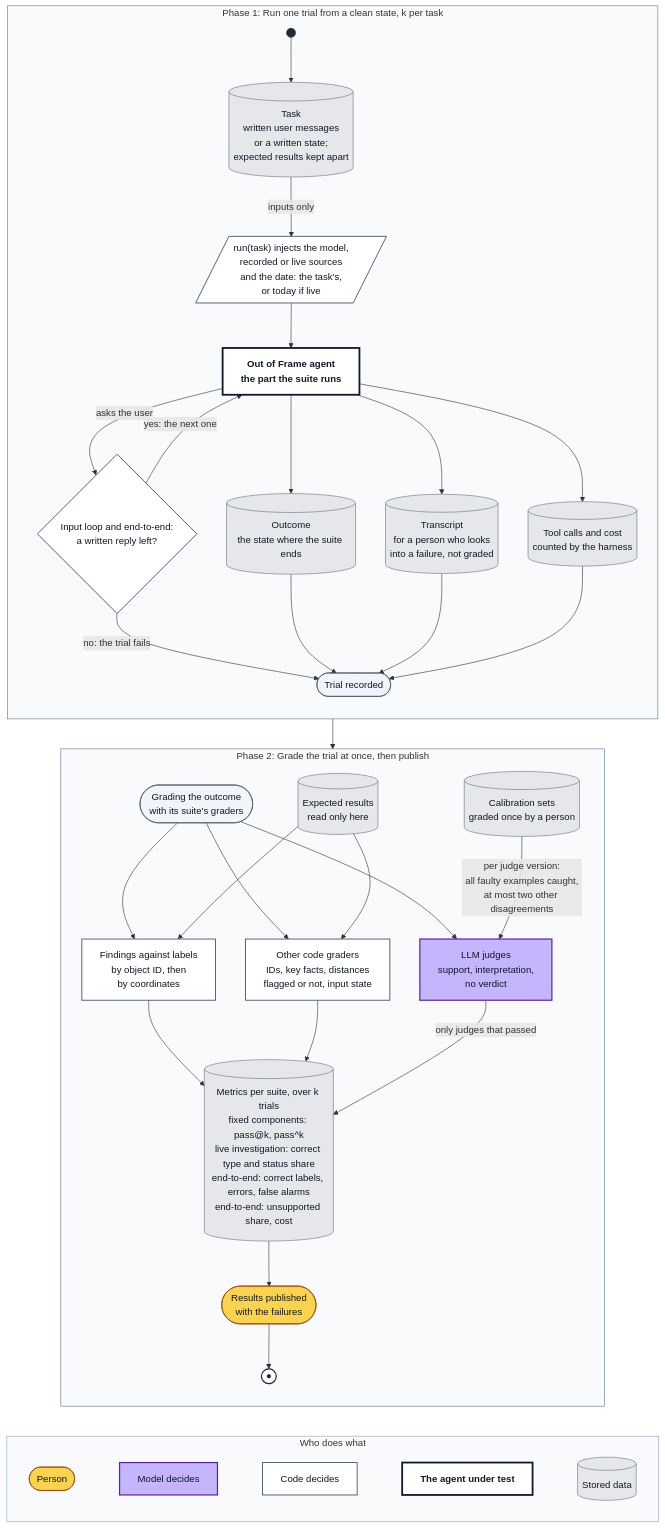
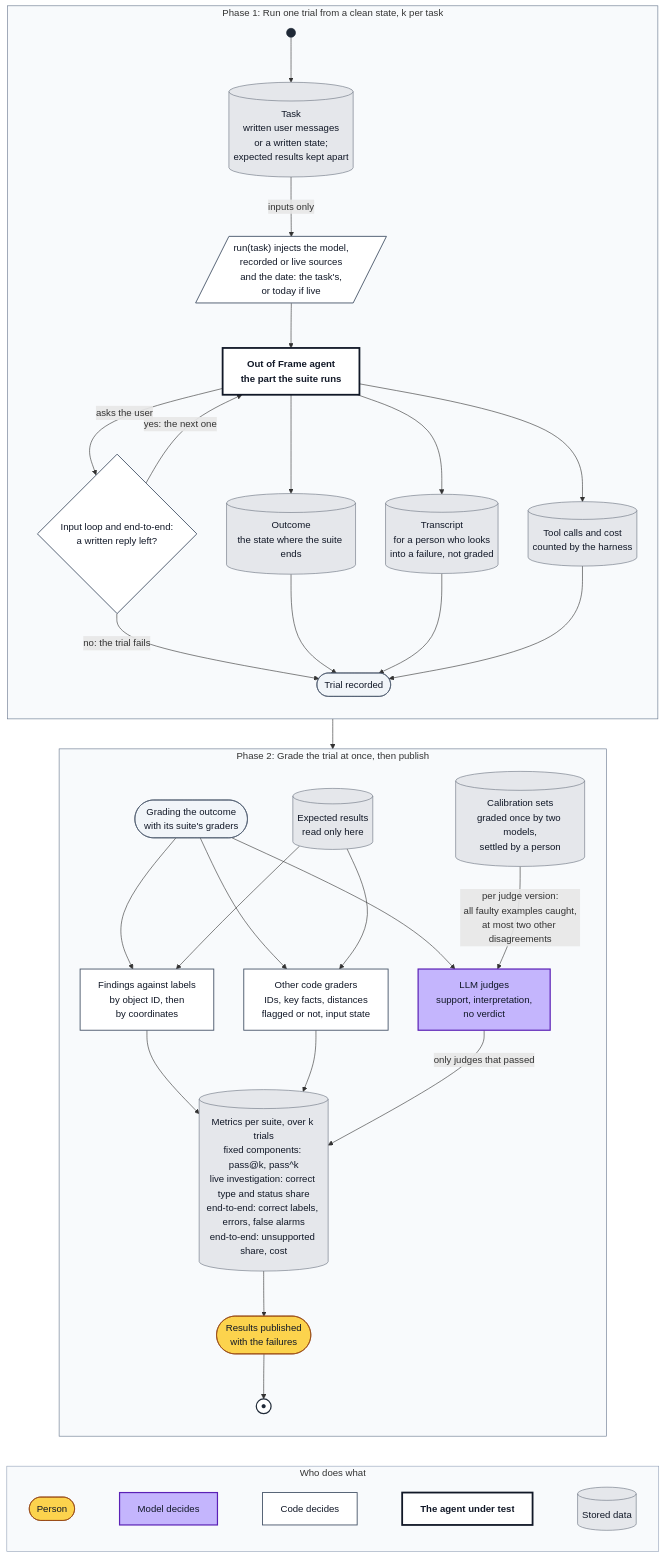
One commit to avashchenkov/out-of-frame changed the diagram in docs/eval-architecture.md. Above: the diagram before and after it, drawn with Mermaid. The commit also changed other lines of this file and 9 other files, not shown here.

First line of the commit message:
feat: calibrate the three report judges against sets graded by two models

````diff
--- a/docs/eval-architecture.md
+++ b/docs/eval-architecture.md
@@ -454,75 +456,75 @@
 ```mermaid
 flowchart TD
     subgraph TRIALS["Phase 1: Run one trial from a clean state, k per task"]
         direction TB
         START((" ")):::start
         TASK[("Task<br/>written user messages<br/>or a written state;<br/>expected results kept apart")]:::data
         INJ[/"run(task) injects the model,<br/>recorded or live sources<br/>and the date: the task's,<br/>or today if live"/]:::code
         AG["Out of Frame agent<br/>the part the suite runs"]:::sut
         RPL{"Input loop and end-to-end:<br/>a written reply left?"}:::code
         OUTC[("Outcome<br/>the state where the suite ends")]:::data
         TRN[("Transcript<br/>for a person who looks<br/>into a failure, not graded")]:::data
         CNT[("Tool calls and cost<br/>counted by the harness")]:::data
         RD(["Trial recorded"]):::milestone
         START --> TASK
         TASK -->|"inputs only"| INJ
         INJ --> AG
         AG -->|"asks the user"| RPL
         RPL -->|"yes: the next one"| AG
         RPL -->|"no: the trial fails"| RD
         AG --> OUTC
         AG --> TRN
         AG --> CNT
         OUTC --> RD
         TRN --> RD
         CNT --> RD
     end
 
     subgraph GRADE["Phase 2: Grade the trial at once, then publish"]
         direction TB
         GS(["Grading the outcome<br/>with its suite's graders"]):::milestone
         SC[("Expected results<br/>read only here")]:::data
         MATCH["Findings against labels<br/>by object ID, then<br/>by coordinates"]:::code
         CG["Other code graders<br/>IDs, key facts, distances<br/>flagged or not, input state"]:::code
         JG["LLM judges<br/>support, interpretation,<br/>no verdict"]:::model
-        CAL[("Calibration sets<br/>graded once by a person")]:::data
+        CAL[("Calibration sets<br/>graded once by two models,<br/>settled by a person")]:::data
         MET[("Metrics per suite, over k trials<br/>fixed components: pass@k, pass^k<br/>live investigation: correct type and status share<br/>end-to-end: correct labels, errors, false alarms<br/>end-to-end: unsupported share, cost")]:::data
         PUB(["Results published<br/>with the failures"]):::human
         STOP(("●")):::stop
         GS --> MATCH
         GS --> CG
         GS --> JG
         SC --> MATCH
         SC --> CG
         CAL -->|"per judge version:<br/>all faulty examples caught,<br/>at most two other disagreements"| JG
         MATCH --> MET
         CG --> MET
         JG -->|"only judges that passed"| MET
         MET --> PUB --> STOP
     end
 
     TRIALS --> GRADE
 
     subgraph KEY["Who does what"]
         direction LR
         k1(["Person"]):::human
         k2["Model decides"]:::model
         k3["Code decides"]:::code
         k6["The agent under test"]:::sut
         k4[("Stored data")]:::data
         k1 ~~~ k2 ~~~ k3 ~~~ k6 ~~~ k4
     end
     GRADE ~~~ KEY
 
     classDef human fill:#fcd34d,stroke:#92400e,color:#111827
     classDef model fill:#c4b5fd,stroke:#5b21b6,stroke-width:2px,color:#111827
     classDef code fill:#ffffff,stroke:#475569,stroke-width:1.5px,color:#111827
     classDef sut fill:#ffffff,stroke:#111827,stroke-width:3px,color:#111827,font-weight:bold
     classDef data fill:#e5e7eb,stroke:#6b7280,color:#111827
     classDef milestone fill:#f1f5f9,stroke:#475569,color:#111827
     classDef start fill:#1f2937,stroke:#1f2937,color:#1f2937
     classDef stop fill:#ffffff,stroke:#1f2937,stroke-width:2px,color:#1f2937
     style TRIALS fill:#f8fafc,stroke:#64748b
     style GRADE fill:#f8fafc,stroke:#64748b
     style KEY fill:#f8fafc,stroke:#94a3b8
 ```
````
